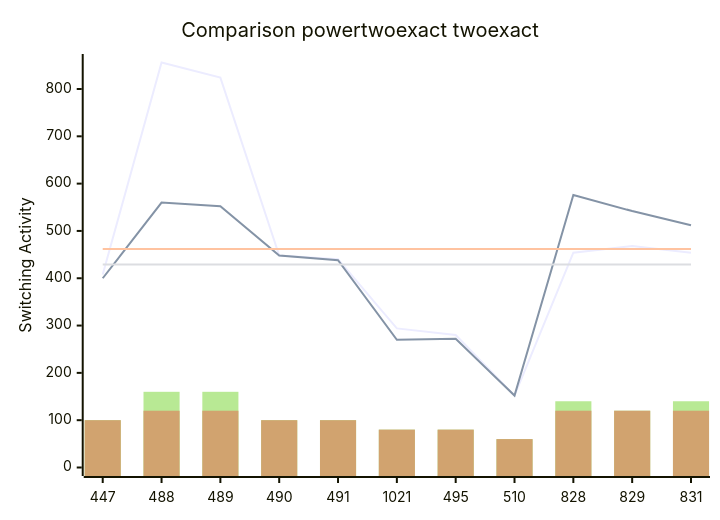
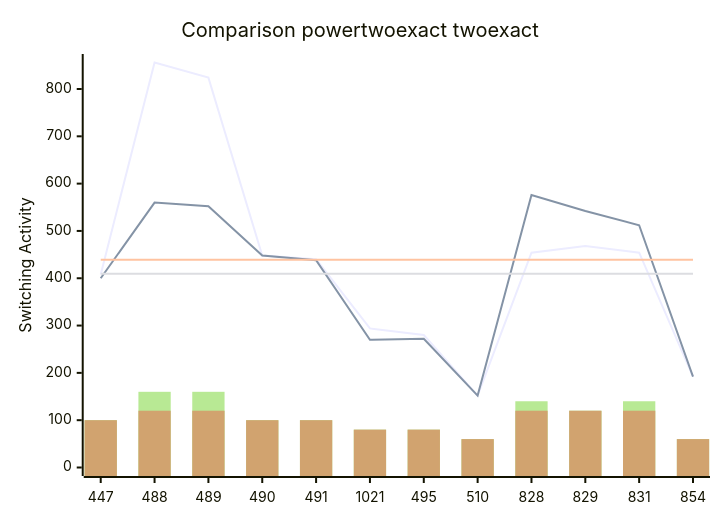
The diagram in benchmark_opt2.md (FeldmeierMichael/Exact-Power-Synthesis), drawn with Mermaid before and after one commit. The commit also changed other lines of this file, not shown here.

````diff
--- a/benchmark_opt2.md
+++ b/benchmark_opt2.md
@@ -23,12 +25,12 @@
 ```mermaid
 xychart-beta
     title "Comparison powertwoexact twoexact"
-    x-axis [447, 488, 489, 490, 491, 1021, 495, 510, 828, 829, 831]
+    x-axis [447, 488, 489, 490, 491, 1021, 495, 510, 828, 829, 831, 854]
     y-axis "Switching Activity" 0-->856
-    line [408, 856, 824, 448, 440, 294, 280, 152, 454, 468, 454]
-    line [400, 560, 552, 448, 438, 270, 272, 152, 576, 542, 512]
-    line [461.6363636363636, 461.6363636363636, 461.6363636363636, 461.6363636363636, 461.6363636363636, 461.6363636363636, 461.6363636363636, 461.6363636363636, 461.6363636363636, 461.6363636363636, 461.6363636363636]
-    line [429.27272727272725, 429.27272727272725, 429.27272727272725, 429.27272727272725, 429.27272727272725, 429.27272727272725, 429.27272727272725, 429.27272727272725, 429.27272727272725, 429.27272727272725, 429.27272727272725]
-    bar [100, 160, 160, 100, 100, 80, 80, 60, 140, 120, 140]
-    bar [100, 120, 120, 100, 100, 80, 80, 60, 120, 120, 120]
+    line [408, 856, 824, 448, 440, 294, 280, 152, 454, 468, 454, 192]
+    line [400, 560, 552, 448, 438, 270, 272, 152, 576, 542, 512, 192]
+    line [439.1666666666667, 439.1666666666667, 439.1666666666667, 439.1666666666667, 439.1666666666667, 439.1666666666667, 439.1666666666667, 439.1666666666667, 439.1666666666667, 439.1666666666667, 439.1666666666667, 439.1666666666667]
+    line [409.5, 409.5, 409.5, 409.5, 409.5, 409.5, 409.5, 409.5, 409.5, 409.5, 409.5, 409.5]
+    bar [100, 160, 160, 100, 100, 80, 80, 60, 140, 120, 140, 60]
+    bar [100, 120, 120, 100, 100, 80, 80, 60, 120, 120, 120, 60]
 ```
````
